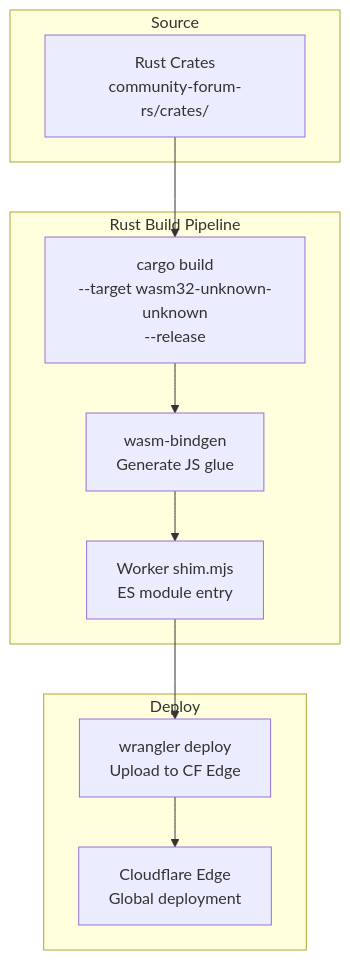
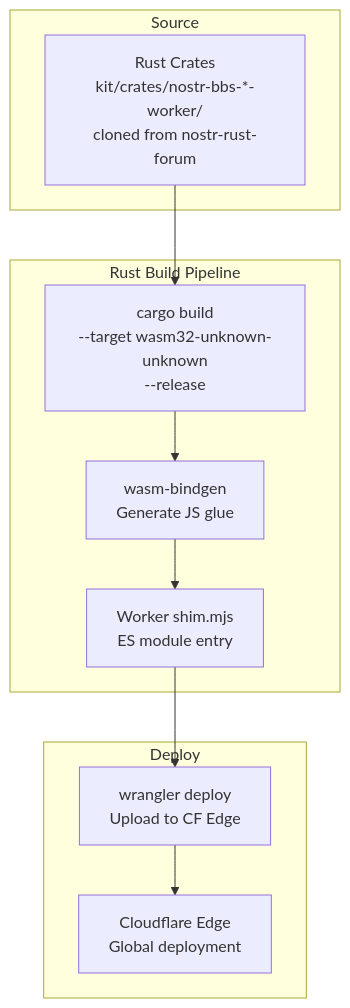
One commit to DreamLab-AI/dreamlab-ai-website changed the first of 2 diagrams in docs/deployment/CLOUDFLARE_WORKERS.md. Above: the diagram before and after it, drawn with Mermaid. The commit also changed other lines of this file, not shown here.

First line of the commit message:
docs(deployment): correct deleted community-forum-rs/ tree references

````diff
--- a/docs/deployment/CLOUDFLARE_WORKERS.md
+++ b/docs/deployment/CLOUDFLARE_WORKERS.md
@@ -25,20 +25,20 @@
 ```mermaid
 flowchart TD
     subgraph "Source"
-        RUST_SRC[Rust Crates<br/>community-forum-rs/crates/]
+        RUST_SRC[Rust Crates<br/>kit/crates/nostr-bbs-*-worker/<br/>cloned from nostr-rust-forum]
     end
 
     subgraph "Rust Build Pipeline"
         CARGO[cargo build<br/>--target wasm32-unknown-unknown<br/>--release]
         WASM_BINDGEN[wasm-bindgen<br/>Generate JS glue]
         SHIM[Worker shim.mjs<br/>ES module entry]
     end
 
     subgraph "Deploy"
         WRANGLER_DEPLOY[wrangler deploy<br/>Upload to CF Edge]
         CF_EDGE[Cloudflare Edge<br/>Global deployment]
     end
 
     RUST_SRC --> CARGO --> WASM_BINDGEN --> SHIM --> WRANGLER_DEPLOY
     WRANGLER_DEPLOY --> CF_EDGE
 ```
````
